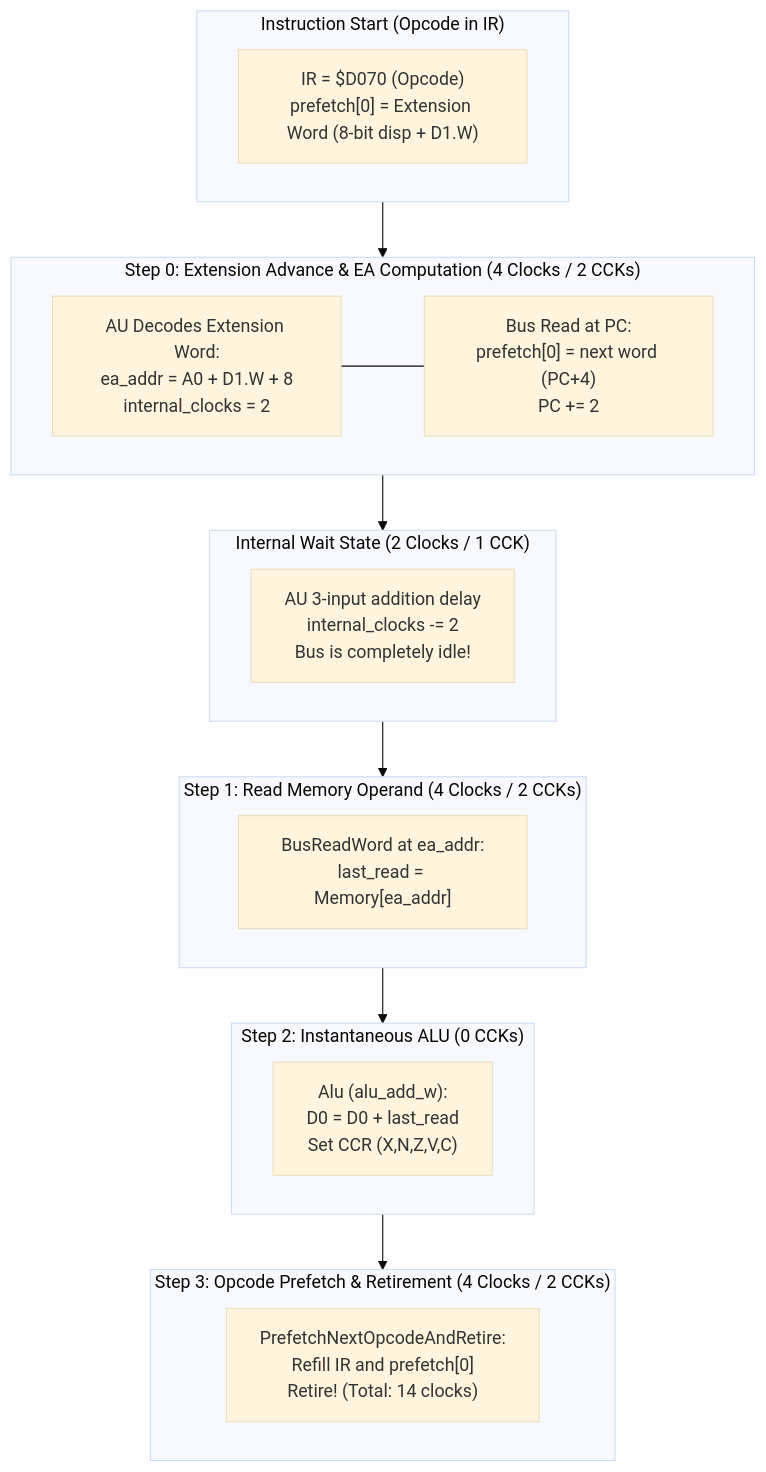
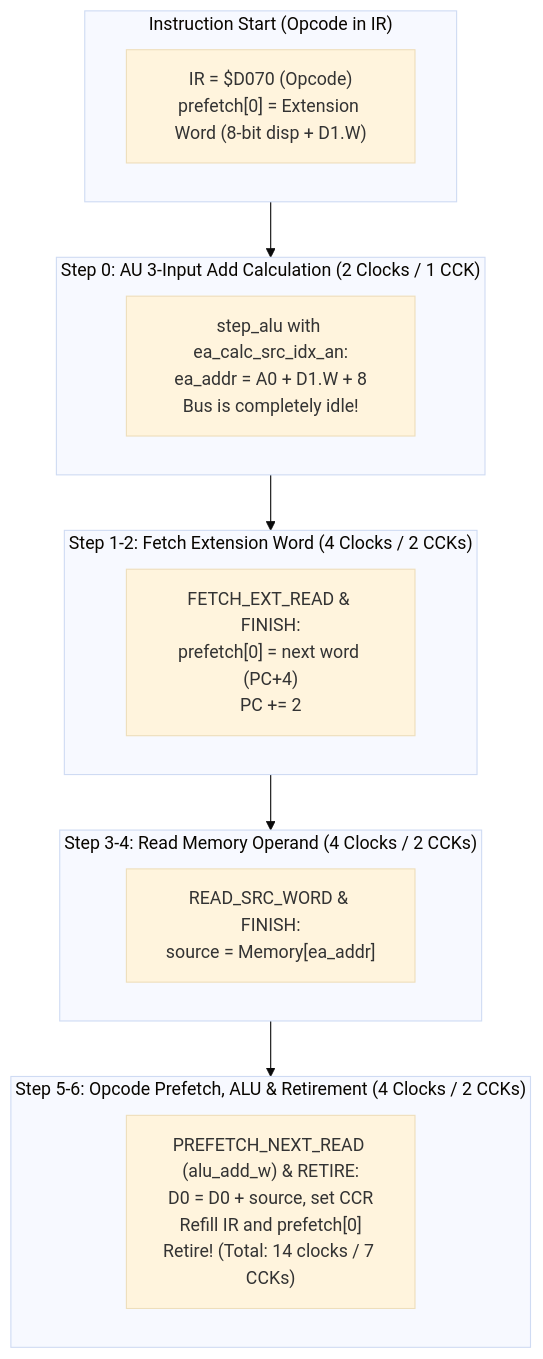
The third of 4 diagrams in Obsidian/Amiga/Design/CPU Micro-Step State Machine.md (tomek-anuszkiewicz/amiga-studio), drawn with Mermaid (base theme) before and after one commit. The commit also changed other lines of this file and 6 other files, not shown here.

Commit message:
feat: implement cycle-exact M68000 micro-step execution engine with CCK1/CCK2 bus synchronization

````diff
--- a/Obsidian/Amiga/Design/CPU Micro-Step State Machine.md
+++ b/Obsidian/Amiga/Design/CPU Micro-Step State Machine.md
@@ -387,30 +384,24 @@
 ```mermaid
 flowchart TD
     subgraph P["Instruction Start (Opcode in IR)"]
         IR["IR = $D070 (Opcode)<br/>prefetch[0] = Extension Word (8-bit disp + D1.W)"]
     end
 
-    subgraph S0["Step 0: Extension Advance & EA Computation (4 Clocks / 2 CCKs)"]
-        EA["AU Decodes Extension Word:<br/>ea_addr = A0 + D1.W + 8<br/>internal_clocks = 2"]
-        FetchExt["Bus Read at PC:<br/>prefetch[0] = next word (PC+4)<br/>PC += 2"]
-        EA --- FetchExt
+    subgraph S0["Step 0: AU 3-Input Add Calculation (2 Clocks / 1 CCK)"]
+        EA["step_alu with ea_calc_src_idx_an:<br/>ea_addr = A0 + D1.W + 8<br/>Bus is completely idle!"]
     end
 
-    subgraph Wait["Internal Wait State (2 Clocks / 1 CCK)"]
-        AUWait["AU 3-input addition delay<br/>internal_clocks -= 2<br/>Bus is completely idle!"]
+    subgraph S1["Step 1-2: Fetch Extension Word (4 Clocks / 2 CCKs)"]
+        FetchExt["FETCH_EXT_READ & FINISH:<br/>prefetch[0] = next word (PC+4)<br/>PC += 2"]
     end
 
-    subgraph S1["Step 1: Read Memory Operand (4 Clocks / 2 CCKs)"]
-        ReadOp["BusReadWord at ea_addr:<br/>last_read = Memory[ea_addr]"]
+    subgraph S2["Step 3-4: Read Memory Operand (4 Clocks / 2 CCKs)"]
+        ReadOp["READ_SRC_WORD & FINISH:<br/>source = Memory[ea_addr]"]
     end
 
-    subgraph S2["Step 2: Instantaneous ALU (0 CCKs)"]
-        Exec["Alu (alu_add_w):<br/>D0 = D0 + last_read<br/>Set CCR (X,N,Z,V,C)"]
+    subgraph S3["Step 5-6: Opcode Prefetch, ALU & Retirement (4 Clocks / 2 CCKs)"]
+        Prefetch["PREFETCH_NEXT_READ (alu_add_w) & RETIRE:<br/>D0 = D0 + source, set CCR<br/>Refill IR and prefetch[0]<br/>Retire! (Total: 14 clocks / 7 CCKs)"]
     end
 
-    subgraph S3["Step 3: Opcode Prefetch & Retirement (4 Clocks / 2 CCKs)"]
-        Prefetch["PrefetchNextOpcodeAndRetire:<br/>Refill IR and prefetch[0]<br/>Retire! (Total: 14 clocks)"]
-    end
-
-    P --> S0 --> Wait --> S1 --> S2 --> S3
+    P --> S0 --> S1 --> S2 --> S3
 ```
````
